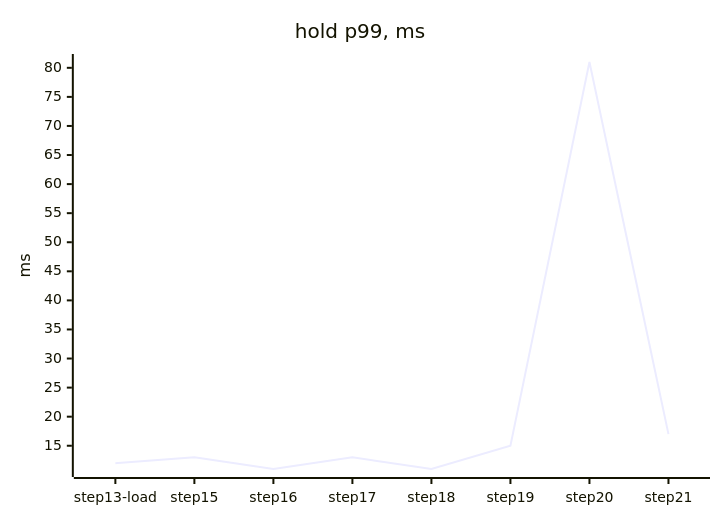
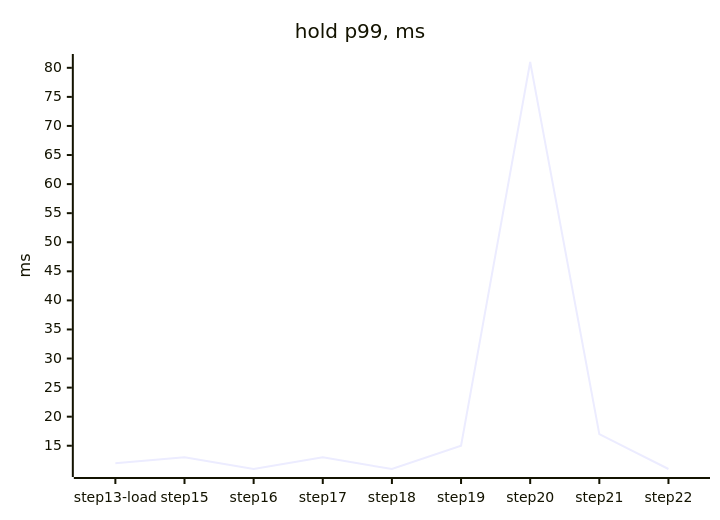
The second of 4 diagrams in docs/perf/README.md (tanvoid0/ledgerflow), drawn with Mermaid before and after one commit. The commit also changed other lines of this file and 4 other files, not shown here.

````diff
--- a/docs/perf/README.md
+++ b/docs/perf/README.md
@@ -49,7 +51,7 @@
 ```mermaid
 xychart-beta
     title "hold p99, ms"
-    x-axis ["step13-load", "step15", "step16", "step17", "step18", "step19", "step20", "step21"]
+    x-axis ["step13-load", "step15", "step16", "step17", "step18", "step19", "step20", "step21", "step22"]
     y-axis "ms"
-    line [12, 13, 11, 13, 11, 15, 81, 17]
+    line [12, 13, 11, 13, 11, 15, 81, 17, 11]
 ```
````
